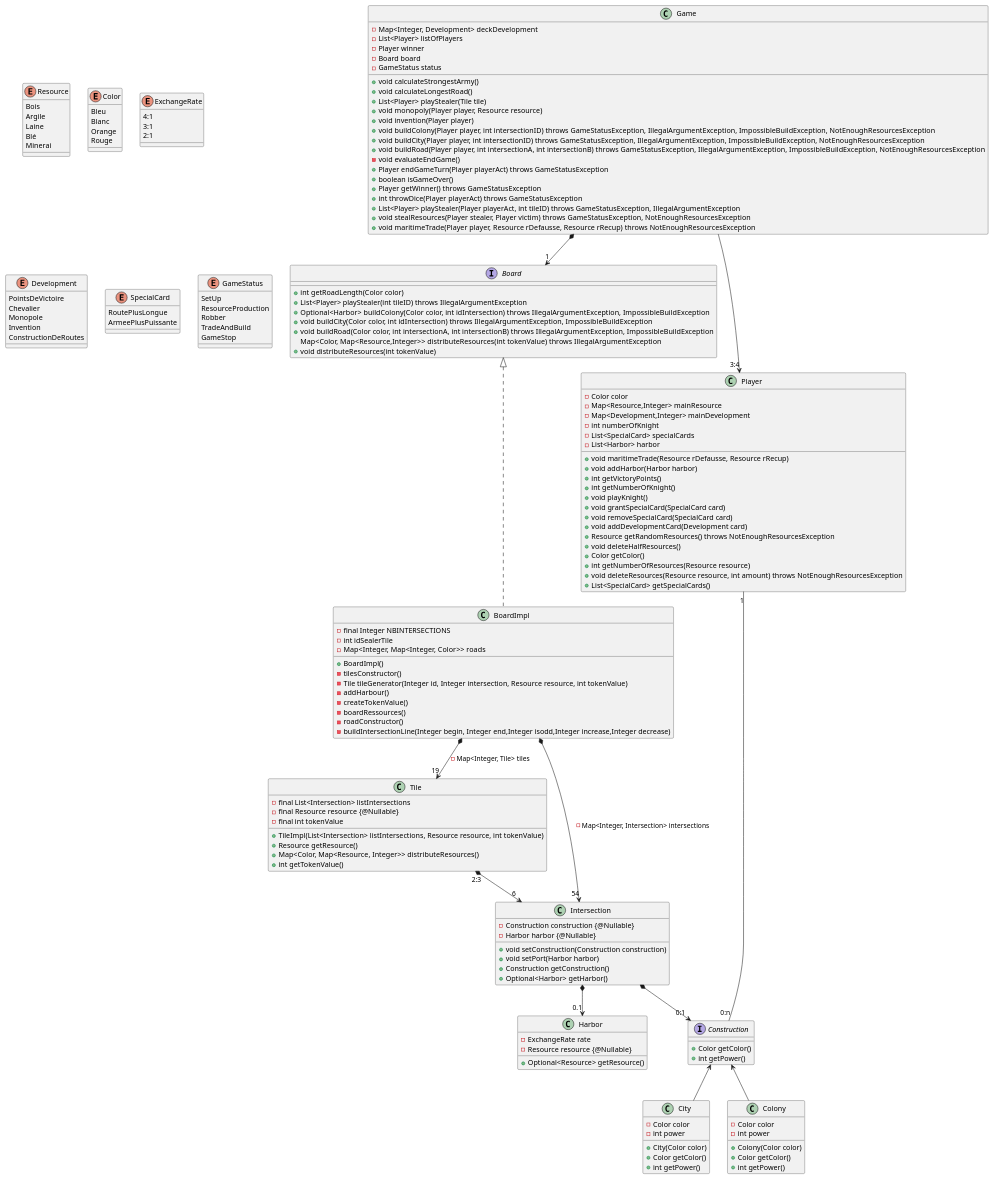
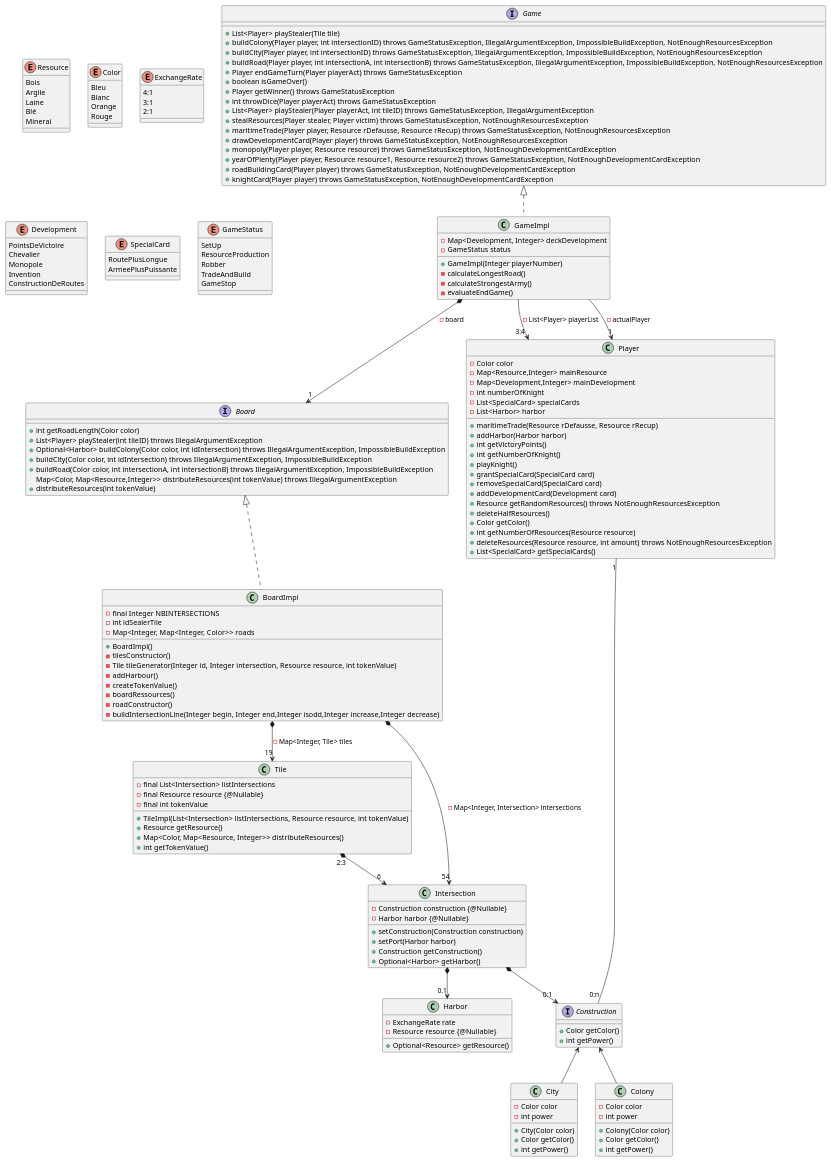
Before and after one commit to Lapin-Obez/colon_de_catane: the diagram in catan-doc/modules/conception/examples/gameClassDiag.plantuml, drawn with PlantUML. The commit also changed 3 other files, not shown here.

Commit message:
Relecture Game : mise à jour du diagramme de classe et de methods.adoc

```diff
--- a/catan-doc/modules/conception/examples/gameClassDiag.plantuml
+++ b/catan-doc/modules/conception/examples/gameClassDiag.plantuml
@@ -1,185 +1,192 @@
 @startuml
 enum Resource {
     Bois
     Argile
     Laine
     Blé
     Minerai
 }
 
 enum Color {
     Bleu
     Blanc
     Orange
     Rouge
 }
 
 enum ExchangeRate {
     4:1
     3:1
     2:1
 }
 
 enum Development {
     PointsDeVictoire
     Chevalier
     Monopole
     Invention
     ConstructionDeRoutes
 }
 
 enum SpecialCard {
     RoutePlusLongue
     ArmeePlusPuissante
 }
 
 enum GameStatus {
     SetUp
     ResourceProduction
     Robber
     TradeAndBuild
     GameStop
 }
 
-class Game {
-    - Map<Integer, Development> deckDevelopment
-    - List<Player> listOfPlayers
-    - Player winner
-    - Board board
-    - GameStatus status
-
-    + void calculateStrongestArmy()
-    + void calculateLongestRoad()
+interface Game {
     + List<Player> playStealer(Tile tile)
-    + void monopoly(Player player, Resource resource)
-    + void invention(Player player)
-    + void buildColony(Player player, int intersectionID) throws GameStatusException, IllegalArgumentException, ImpossibleBuildException, NotEnoughResourcesException
-    + void buildCity(Player player, int intersectionID) throws GameStatusException, IllegalArgumentException, ImpossibleBuildException, NotEnoughResourcesException
-    + void buildRoad(Player player, int intersectionA, int intersectionB) throws GameStatusException, IllegalArgumentException, ImpossibleBuildException, NotEnoughResourcesException
-    - void evaluateEndGame()
+    + buildColony(Player player, int intersectionID) throws GameStatusException, IllegalArgumentException, ImpossibleBuildException, NotEnoughResourcesException
+    + buildCity(Player player, int intersectionID) throws GameStatusException, IllegalArgumentException, ImpossibleBuildException, NotEnoughResourcesException
+    + buildRoad(Player player, int intersectionA, int intersectionB) throws GameStatusException, IllegalArgumentException, ImpossibleBuildException, NotEnoughResourcesException
     + Player endGameTurn(Player playerAct) throws GameStatusException
     + boolean isGameOver()
     + Player getWinner() throws GameStatusException
     + int throwDice(Player playerAct) throws GameStatusException
     + List<Player> playStealer(Player playerAct, int tileID) throws GameStatusException, IllegalArgumentException
-    + void stealResources(Player stealer, Player victim) throws GameStatusException, NotEnoughResourcesException
-    + void maritimeTrade(Player player, Resource rDefausse, Resource rRecup) throws NotEnoughResourcesException
+    + stealResources(Player stealer, Player victim) throws GameStatusException, NotEnoughResourcesException
+    + maritimeTrade(Player player, Resource rDefausse, Resource rRecup) throws GameStatusException, NotEnoughResourcesException
+    + drawDevelopmentCard(Player player) throws GameStatusException, NotEnoughResourcesException
+    + monopoly(Player player, Resource resource) throws GameStatusException, NotEnoughDevelopmentCardException
+    + yearOfPlenty(Player player, Resource resource1, Resource resource2) throws GameStatusException, NotEnoughDevelopmentCardException
+    + roadBuildingCard(Player player) throws GameStatusException, NotEnoughDevelopmentCardException
+    + knightCard(Player player) throws GameStatusException, NotEnoughDevelopmentCardException
+}
+
+class GameImpl {
+    - Map<Development, Integer> deckDevelopment
+    - GameStatus status
+
+    + GameImpl(Integer playerNumber)
+    - calculateLongestRoad()
+    - calculateStrongestArmy()
+    - evaluateEndGame()
 }
 
 interface Board {
     + int getRoadLength(Color color)
     + List<Player> playStealer(int tileID) throws IllegalArgumentException
     + Optional<Harbor> buildColony(Color color, int idIntersection) throws IllegalArgumentException, ImpossibleBuildException
-    + void buildCity(Color color, int idIntersection) throws IllegalArgumentException, ImpossibleBuildException
-    + void buildRoad(Color color, int intersectionA, int intersectionB) throws IllegalArgumentException, ImpossibleBuildException
+    + buildCity(Color color, int idIntersection) throws IllegalArgumentException, ImpossibleBuildException
+    + buildRoad(Color color, int intersectionA, int intersectionB) throws IllegalArgumentException, ImpossibleBuildException
     Map<Color, Map<Resource,Integer>> distributeResources(int tokenValue) throws IllegalArgumentException
-    + void distributeResources(int tokenValue)
+    + distributeResources(int tokenValue)
 }
 
 class BoardImpl {
     - final Integer NBINTERSECTIONS
     - int idSealerTile
     - Map<Integer, Map<Integer, Color>> roads
 
     + BoardImpl()
     - tilesConstructor()
     - Tile tileGenerator(Integer id, Integer intersection, Resource resource, int tokenValue)
     - addHarbour()
     - createTokenValue()
     - boardRessources()
     - roadConstructor()
     - buildIntersectionLine(Integer begin, Integer end,Integer isodd,Integer increase,Integer decrease)
 }
 
 class Harbor{
     - ExchangeRate rate
     - Resource resource {@Nullable}
 
     + Optional<Resource> getResource()
 }
 
 class Tile{
     - final List<Intersection> listIntersections
     - final Resource resource {@Nullable}
     - final int tokenValue
 
     + TileImpl(List<Intersection> listIntersections, Resource resource, int tokenValue)
     + Resource getResource()
     + Map<Color, Map<Resource, Integer>> distributeResources()
     + int getTokenValue()
 }
 
 class Intersection{
     - Construction construction {@Nullable}
     - Harbor harbor {@Nullable}
 
-    + void setConstruction(Construction construction)
-    + void setPort(Harbor harbor)
+    + setConstruction(Construction construction)
+    + setPort(Harbor harbor)
     + Construction getConstruction()
     + Optional<Harbor> getHarbor()
 }
 
 class Player{
     - Color color
     - Map<Resource,Integer> mainResource
     - Map<Development,Integer> mainDevelopment
     - int numberOfKnight
     - List<SpecialCard> specialCards
     - List<Harbor> harbor
 
-    + void maritimeTrade(Resource rDefausse, Resource rRecup)
-    + void addHarbor(Harbor harbor)
+    + maritimeTrade(Resource rDefausse, Resource rRecup)
+    + addHarbor(Harbor harbor)
     + int getVictoryPoints()
     + int getNumberOfKnight()
-    + void playKnight()
-    + void grantSpecialCard(SpecialCard card)
-    + void removeSpecialCard(SpecialCard card)
-    + void addDevelopmentCard(Development card)
+    + playKnight()
+    + grantSpecialCard(SpecialCard card)
+    + removeSpecialCard(SpecialCard card)
+    + addDevelopmentCard(Development card)
     + Resource getRandomResources() throws NotEnoughResourcesException
-    + void deleteHalfResources()
+    + deleteHalfResources()
     + Color getColor()
     + int getNumberOfResources(Resource resource)
-    + void deleteResources(Resource resource, int amount) throws NotEnoughResourcesException
+    + deleteResources(Resource resource, int amount) throws NotEnoughResourcesException
     + List<SpecialCard> getSpecialCards()
 }
 
 interface Construction {
     + Color getColor()
     + int getPower()
 }
 
 class City {
     - Color color
     - int power
 
     + City(Color color)
     + Color getColor()
     + int getPower()
 }
 
 class Colony {
     - Color color
     - int power
 
     + Colony(Color color)
     + Color getColor()
     + int getPower()
 }
 
 class BoardImpl implements Board
+class GameImpl implements Game
 
 Construction <-d- City
 Construction <-d- Colony
 
-Game *--> "1" Board
+GameImpl *--> "1" Board : - board
 BoardImpl *--> "19" Tile : - Map<Integer, Tile> tiles
 BoardImpl *--> "54" Intersection : - Map<Integer, Intersection> intersections
 
 Tile "2:3" *-->"6" Intersection
 Intersection *--> "0:1" Construction
 
 Intersection *--> "0.1" Harbor
 
-Game --> "3:4" Player
+GameImpl --> "3:4" Player : - List<Player> playerList
+GameImpl --> "1" Player : - actualPlayer
+
 Player "1" -- "0:n" Construction
 @enduml
```
